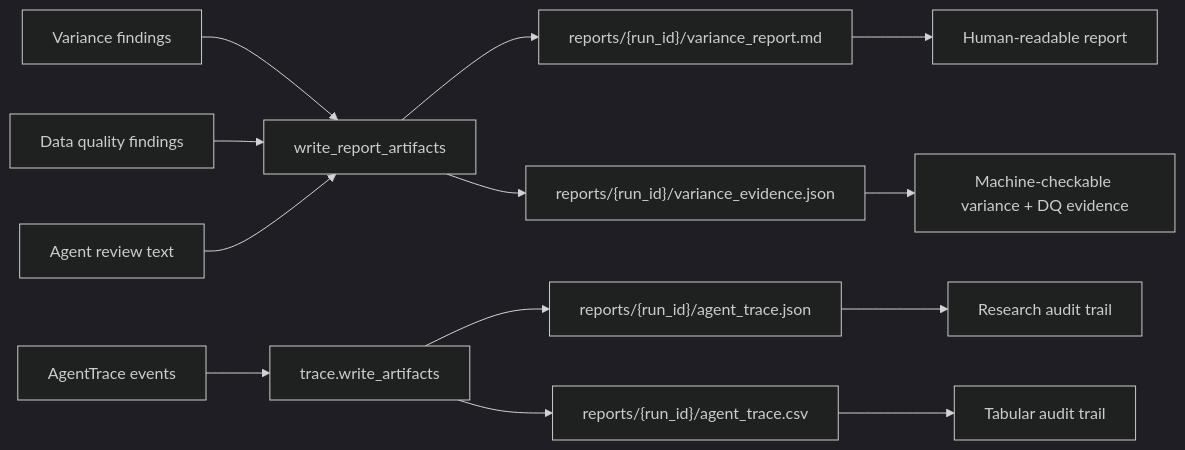
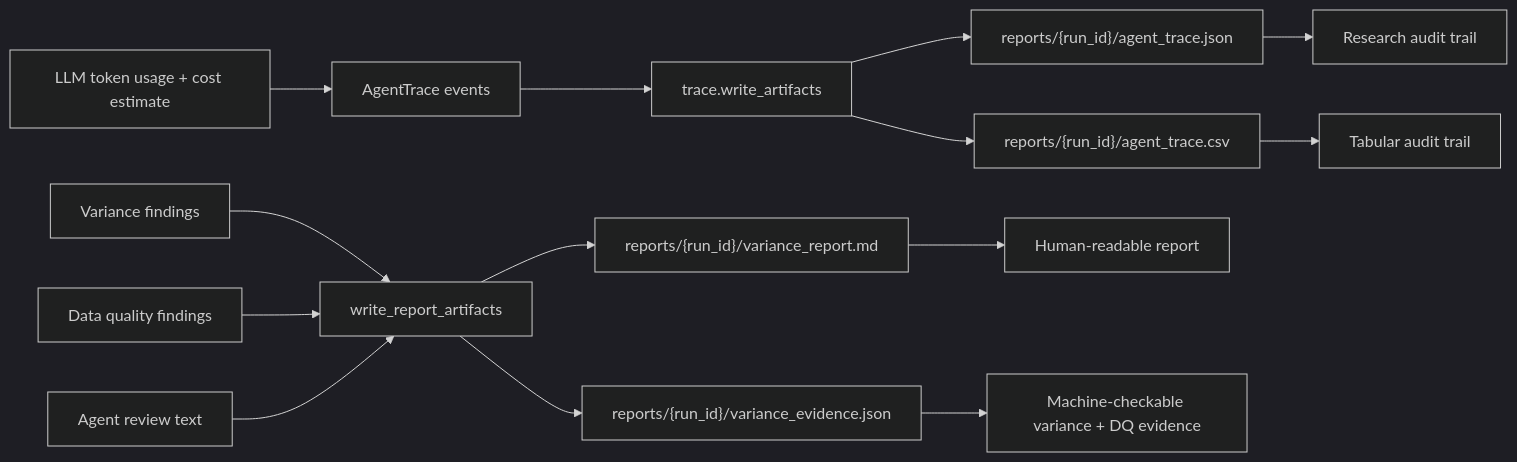
Before and after one commit to gustavorubim/sql-da: the seventh of 8 diagrams in README.md, drawn with Mermaid (dark theme). The commit also changed other lines of this file and 8 other files, not shown here.

First line of the commit message:
feat: add LLM cost estimation and verbose output details

````diff
--- a/README.md
+++ b/README.md
@@ -407,17 +409,18 @@
 ```mermaid
 flowchart LR
     Findings["Variance findings"] --> ReportWriter["write_report_artifacts"]
     DQFindings["Data quality findings"] --> ReportWriter
     AgentReview["Agent review text"] --> ReportWriter
     ReportWriter --> Markdown["reports/{run_id}/variance_report.md"]
     ReportWriter --> Evidence["reports/{run_id}/variance_evidence.json"]
 
     TraceEvents["AgentTrace events"] --> TraceWriter["trace.write_artifacts"]
+    CostEstimate["LLM token usage + cost estimate"] --> TraceEvents
     TraceWriter --> JsonTrace["reports/{run_id}/agent_trace.json"]
     TraceWriter --> CsvTrace["reports/{run_id}/agent_trace.csv"]
 
     Markdown --> UserReview["Human-readable report"]
     Evidence --> ProgrammaticReview["Machine-checkable variance + DQ evidence"]
     JsonTrace --> ResearchAudit["Research audit trail"]
     CsvTrace --> SpreadsheetReview["Tabular audit trail"]
 ```
````
